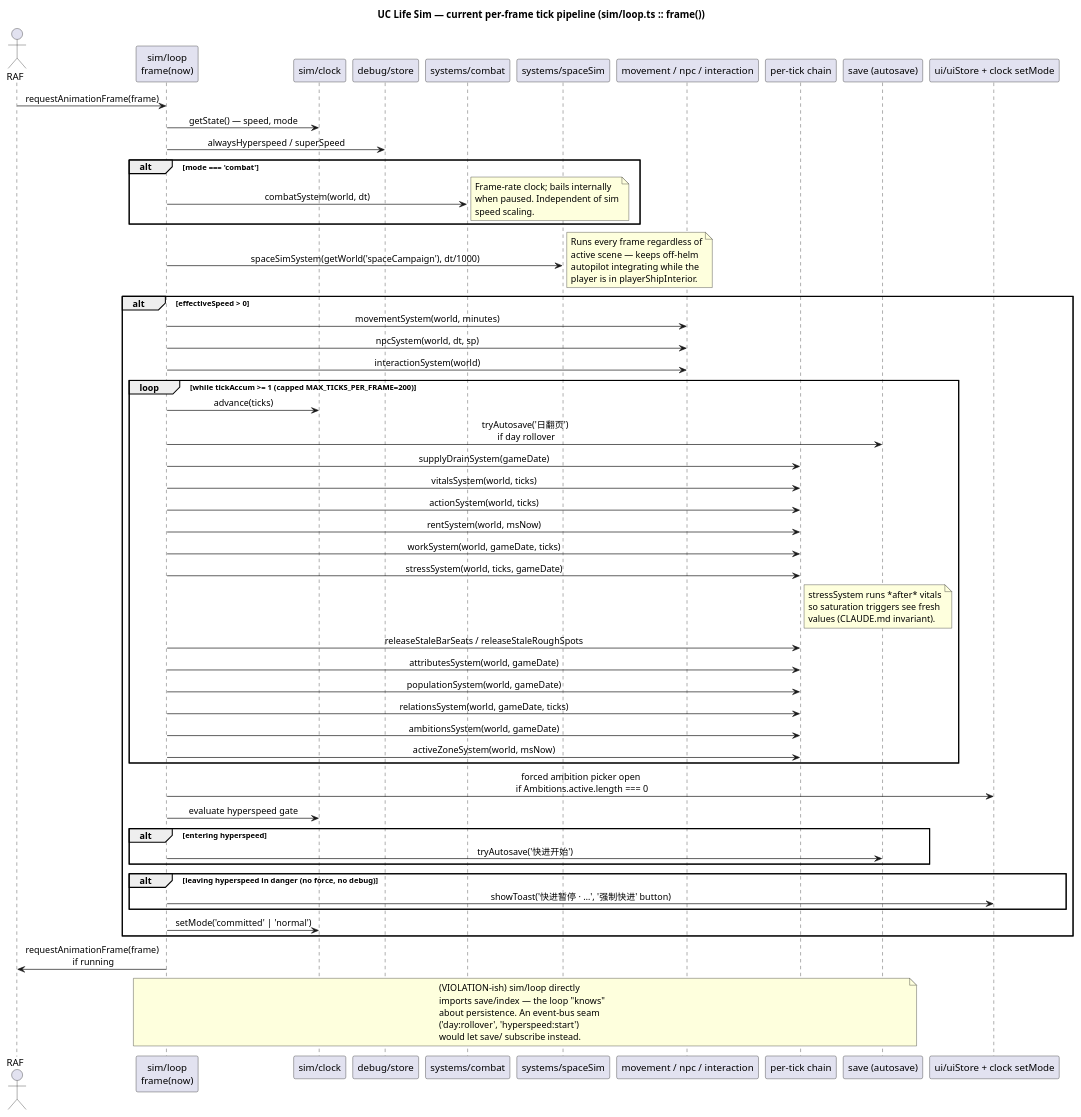
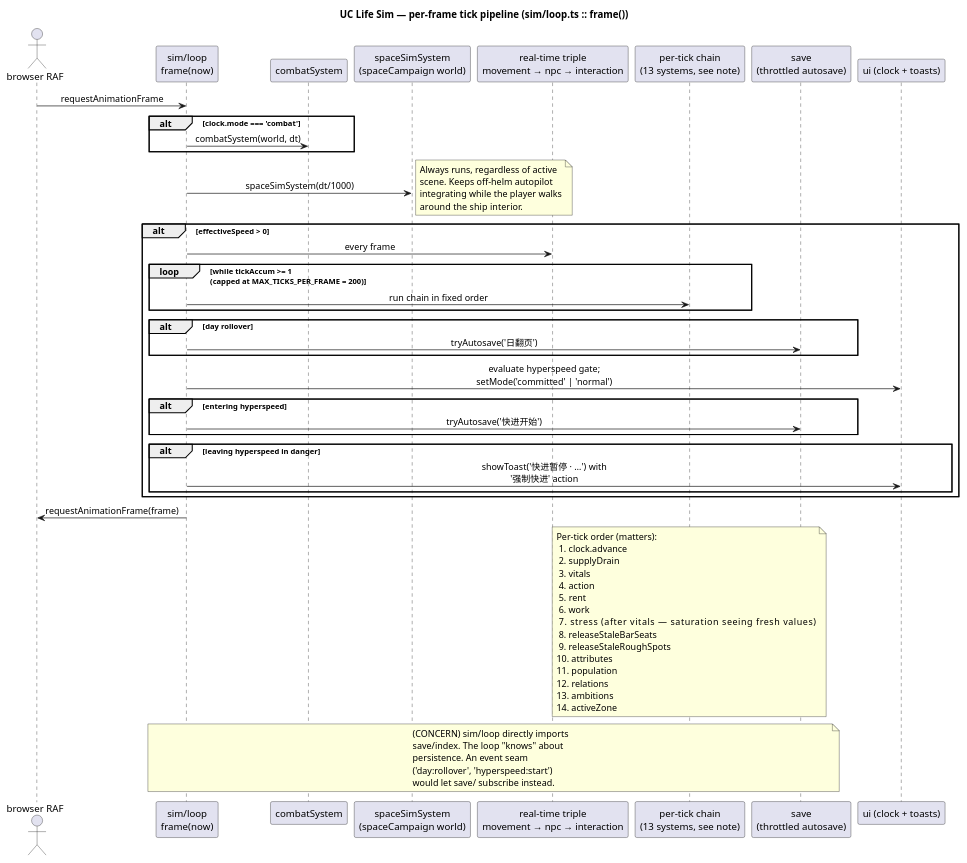
One commit to Leo927/UCLife changed the diagram in arch/current/002_tick_pipeline.puml. Above: the diagram before and after it, drawn with PlantUML. The commit also changed 4 other files, not shown here.

First line of the commit message:
docs(arch): de-spaghetti current diagrams — keep violations, drop noise

```diff
--- a/arch/current/002_tick_pipeline.puml
+++ b/arch/current/002_tick_pipeline.puml
@@ -1,89 +1,76 @@
 @startuml current_002_tick_pipeline
-title UC Life Sim — current per-frame tick pipeline (sim/loop.ts :: frame())
+title UC Life Sim — per-frame tick pipeline (sim/loop.ts :: frame())
 
 skinparam shadowing false
 skinparam sequenceMessageAlign center
 skinparam defaultFontName "Inter, sans-serif"
 
-actor RAF as raf
+actor "browser RAF" as raf
 participant "sim/loop\nframe(now)" as L
-participant "sim/clock" as CLK
-participant "debug/store" as DBG
-participant "systems/combat" as COMBAT
-participant "systems/spaceSim" as SPACE
-participant "movement / npc / interaction" as REAL
-participant "per-tick chain" as TICK
-participant "save (autosave)" as SAVE
-participant "ui/uiStore + clock setMode" as UI
+participant "combatSystem" as COMBAT
+participant "spaceSimSystem\n(spaceCampaign world)" as SPACE
+participant "real-time triple\nmovement → npc → interaction" as REAL
+participant "per-tick chain\n(13 systems, see note)" as TICK
+participant "save\n(throttled autosave)" as SV
+participant "ui (clock + toasts)" as UI
 
-raf -> L : requestAnimationFrame(frame)
-L -> CLK : getState() — speed, mode
-L -> DBG : alwaysHyperspeed / superSpeed
+raf -> L : requestAnimationFrame
 
-alt mode === 'combat'
+alt clock.mode === 'combat'
   L -> COMBAT : combatSystem(world, dt)
-  note right
-    Frame-rate clock; bails internally
-    when paused. Independent of sim
-    speed scaling.
-  end note
 end
 
-L -> SPACE : spaceSimSystem(getWorld('spaceCampaign'), dt/1000)
+L -> SPACE : spaceSimSystem(dt/1000)
 note right
-  Runs every frame regardless of
-  active scene — keeps off-helm
-  autopilot integrating while the
-  player is in playerShipInterior.
+  Always runs, regardless of active
+  scene. Keeps off-helm autopilot
+  integrating while the player walks
+  around the ship interior.
 end note
 
 alt effectiveSpeed > 0
-  L -> REAL : movementSystem(world, minutes)
-  L -> REAL : npcSystem(world, dt, sp)
-  L -> REAL : interactionSystem(world)
-
-  loop while tickAccum >= 1 (capped MAX_TICKS_PER_FRAME=200)
-    L -> CLK : advance(ticks)
-    L -> SAVE : tryAutosave('日翻页')\n if day rollover
-    L -> TICK : supplyDrainSystem(gameDate)
-    L -> TICK : vitalsSystem(world, ticks)
-    L -> TICK : actionSystem(world, ticks)
-    L -> TICK : rentSystem(world, msNow)
-    L -> TICK : workSystem(world, gameDate, ticks)
-    L -> TICK : stressSystem(world, ticks, gameDate)
-    note right of TICK
-      stressSystem runs *after* vitals
-      so saturation triggers see fresh
-      values (CLAUDE.md invariant).
-    end note
-    L -> TICK : releaseStaleBarSeats / releaseStaleRoughSpots
-    L -> TICK : attributesSystem(world, gameDate)
-    L -> TICK : populationSystem(world, gameDate)
-    L -> TICK : relationsSystem(world, gameDate, ticks)
-    L -> TICK : ambitionsSystem(world, gameDate)
-    L -> TICK : activeZoneSystem(world, msNow)
+  L -> REAL : every frame
+  loop while tickAccum >= 1\n(capped at MAX_TICKS_PER_FRAME = 200)
+    L -> TICK : run chain in fixed order
   end
-
-  L -> UI : forced ambition picker open\n if Ambitions.active.length === 0
-
-  L -> CLK : evaluate hyperspeed gate
+  alt day rollover
+    L -> SV : tryAutosave('日翻页')
+  end
+  L -> UI : evaluate hyperspeed gate;\nsetMode('committed' | 'normal')
   alt entering hyperspeed
-    L -> SAVE : tryAutosave('快进开始')
+    L -> SV : tryAutosave('快进开始')
   end
-  alt leaving hyperspeed in danger (no force, no debug)
-    L -> UI : showToast('快进暂停 · …', '强制快进' button)
+  alt leaving hyperspeed in danger
+    L -> UI : showToast('快进暂停 · …') with\n'强制快进' action
   end
-  L -> CLK : setMode('committed' | 'normal')
 end
 
-L -> raf : requestAnimationFrame(frame)\n if running
+L -> raf : requestAnimationFrame(frame)
 
-note over L,SAVE
-  (VIOLATION-ish) sim/loop directly
-  imports save/index — the loop "knows"
-  about persistence. An event-bus seam
+note over TICK
+  Per-tick order (matters):
+   1. clock.advance
+   2. supplyDrain
+   3. vitals
+   4. action
+   5. rent
+   6. work
+   7. stress              (after vitals — saturation seeing fresh values)
+   8. releaseStaleBarSeats
+   9. releaseStaleRoughSpots
+  10. attributes
+  11. population
+  12. relations
+  13. ambitions
+  14. activeZone
+end note
+
+note over L, SV
+  (CONCERN) sim/loop directly imports
+  save/index. The loop "knows" about
+  persistence. An event seam
   ('day:rollover', 'hyperspeed:start')
   would let save/ subscribe instead.
 end note
 
 @enduml
```
